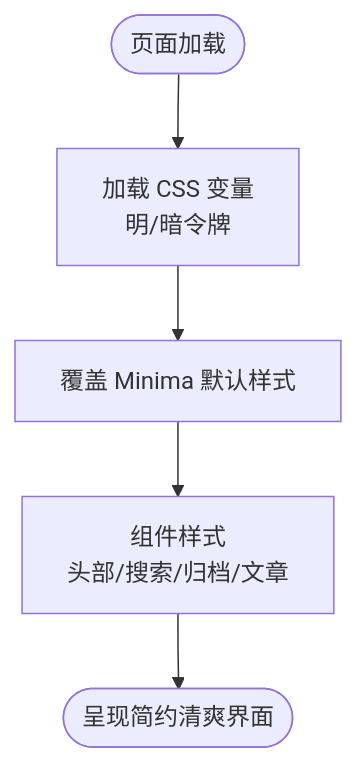
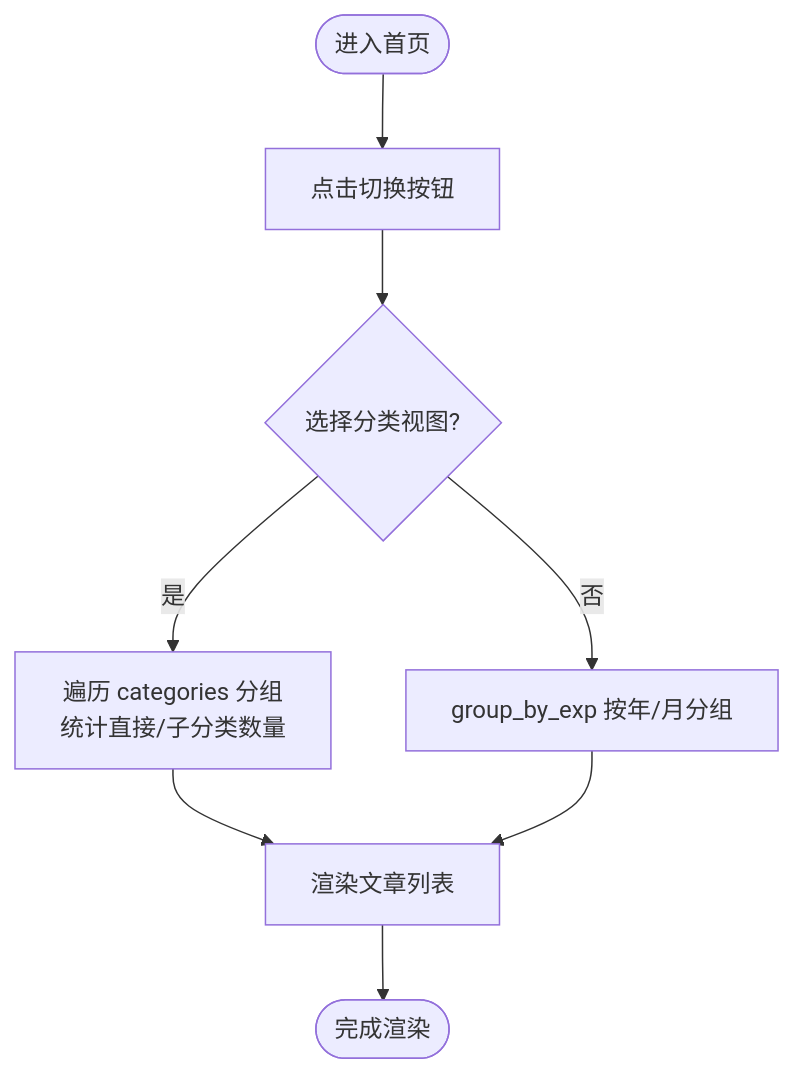
The third of 7 diagrams in .qoder/repowiki/zh/content/项目概述.md (LZC6244/lzc6244.github.io), drawn with Mermaid before and after one commit. The commit also changed other lines of this file and 104 other files, not shown here.

````diff
--- a/.qoder/repowiki/zh/content/项目概述.md
+++ b/.qoder/repowiki/zh/content/项目概述.md
@@ -147,7 +152,10 @@
 ```mermaid
 flowchart TD
-Start(["页面加载"]) --> Tokens["加载 CSS 变量<br/>明/暗令牌"]
-Tokens --> Override["覆盖 Minima 默认样式"]
-Override --> Components["组件样式<br/>头部/搜索/归档/文章"]
-Components --> End(["呈现简约清爽界面"])
+Start(["进入首页"]) --> Toggle["点击切换按钮"]
+Toggle --> ViewCat{"选择分类视图?"}
+ViewCat --> |是| RenderCat["遍历 categories 分组<br/>统计直接/子分类数量"]
+ViewCat --> |否| RenderDate["group_by_exp 按年/月分组"]
+RenderCat --> ShowList["渲染文章列表"]
+RenderDate --> ShowList
+ShowList --> End(["完成渲染"])
 ```
````
